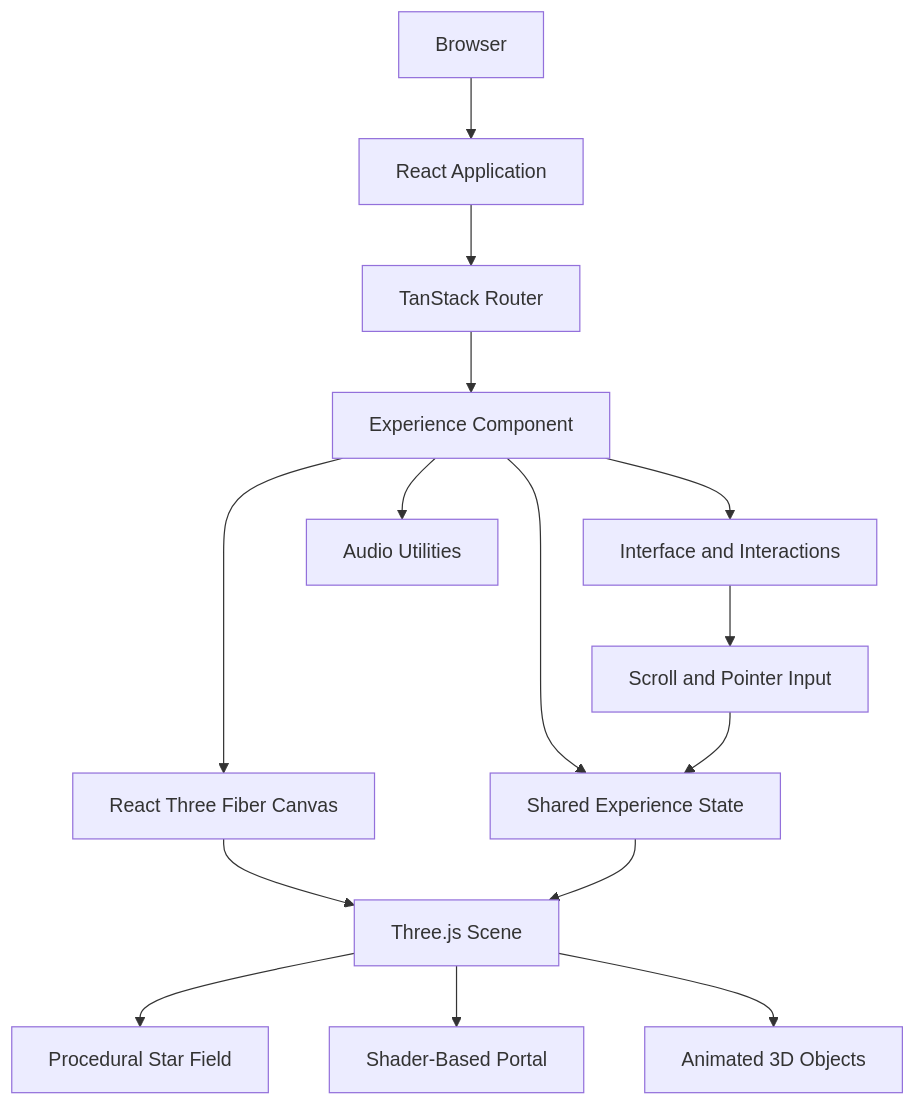
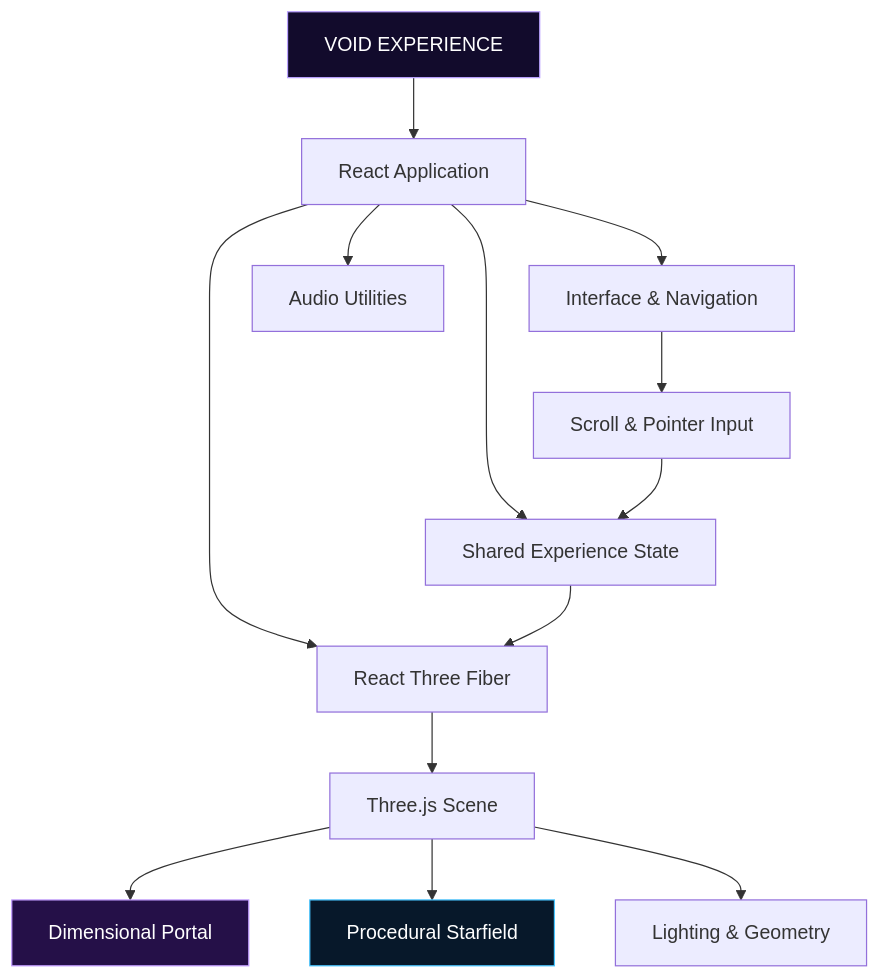
One commit to adarshmuchatte-lang/dimensional-portal changed the diagram in README.md. Above: the diagram before and after it, drawn with Mermaid. The commit also changed other lines of this file, not shown here.

````diff
--- a/README.md
+++ b/README.md
@@ -269,17 +172,18 @@
 ```mermaid
 flowchart TD
-    A[Browser] --> B[React Application]
-    B --> C[TanStack Router]
-    C --> D[Experience Component]
-    D --> E[Interface and Interactions]
-    D --> F[React Three Fiber Canvas]
-    D --> G[Audio Utilities]
-    D --> H[Shared Experience State]
-    F --> I[Three.js Scene]
-    I --> J[Procedural Star Field]
-    I --> K[Shader-Based Portal]
-    I --> L[Animated 3D Objects]
-    E --> M[Scroll and Pointer Input]
-    M --> H
-    H --> I
+    A["VOID EXPERIENCE"] --> B["React Application"]
+    B --> C["Interface & Navigation"]
+    B --> D["React Three Fiber"]
+    B --> E["Shared Experience State"]
+    B --> F["Audio Utilities"]
+    D --> G["Three.js Scene"]
+    G --> H["Dimensional Portal"]
+    G --> I["Procedural Starfield"]
+    G --> J["Lighting & Geometry"]
+    C --> K["Scroll & Pointer Input"]
+    K --> E
+    E --> D
+    style A fill:#120b2c,stroke:#b9a1ff,color:#ffffff
+    style H fill:#251048,stroke:#c29cff,color:#ffffff
+    style I fill:#07182a,stroke:#47c5ff,color:#ffffff
 ```
````
